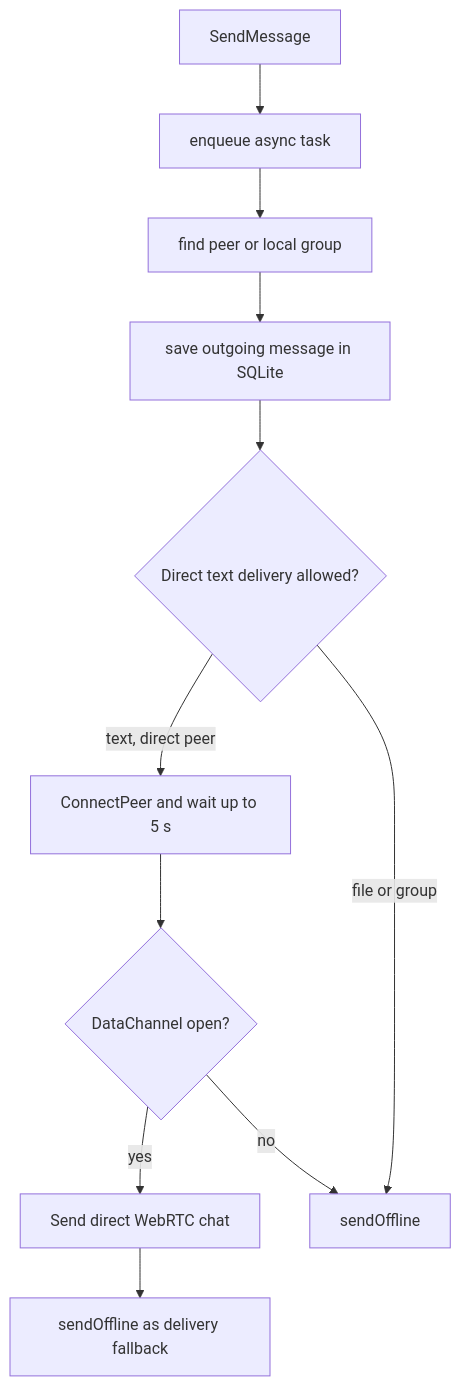
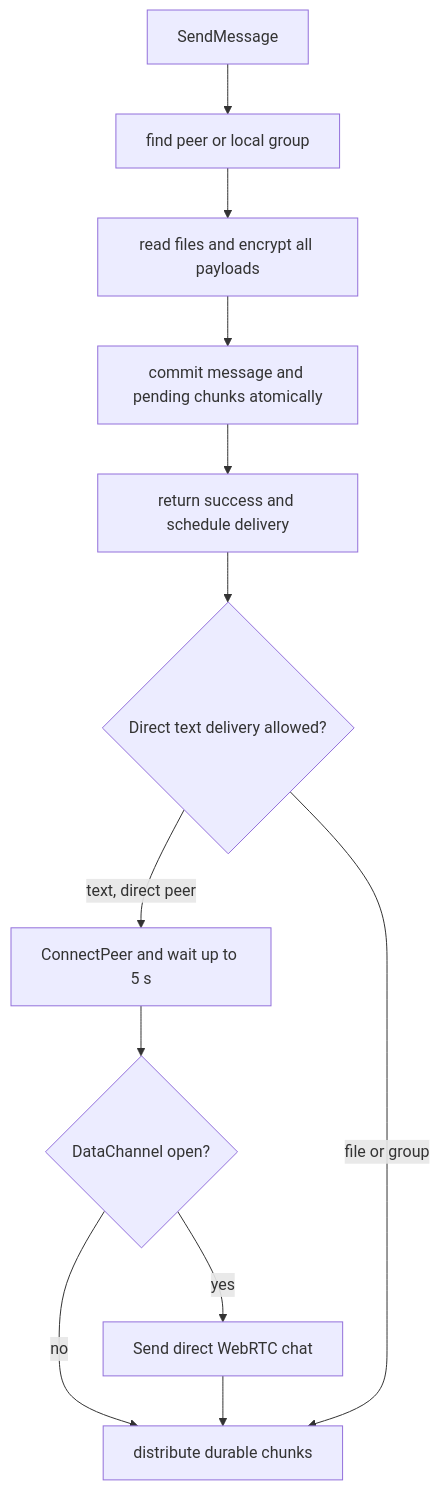
The sixth of 11 diagrams in docs/architecture.md (killbane1232/huginn-messenger), drawn with Mermaid before and after one commit. The commit also changed other lines of this file and 26 other files, not shown here.

Commit message:
fix pending chunks sending

````diff
--- a/docs/architecture.md
+++ b/docs/architecture.md
@@ -193,13 +198,14 @@
 ```mermaid
 flowchart TB
-    A[SendMessage] --> B[enqueue async task]
-    B --> C[find peer or local group]
-    C --> D[save outgoing message in SQLite]
-    D --> E{Direct text delivery allowed?}
+    A[SendMessage] --> B[find peer or local group]
+    B --> C[read files and encrypt all payloads]
+    C --> D[commit message and pending chunks atomically]
+    D --> Q[return success and schedule delivery]
+    Q --> E{Direct text delivery allowed?}
     E -->|text, direct peer| F[ConnectPeer and wait up to 5 s]
     F --> G{DataChannel open?}
     G -->|yes| H[Send direct WebRTC chat]
-    G -->|no| I[sendOffline]
-    H --> J[sendOffline as delivery fallback]
+    G -->|no| I[distribute durable chunks]
+    H --> I
     E -->|file or group| I
 ```
````
